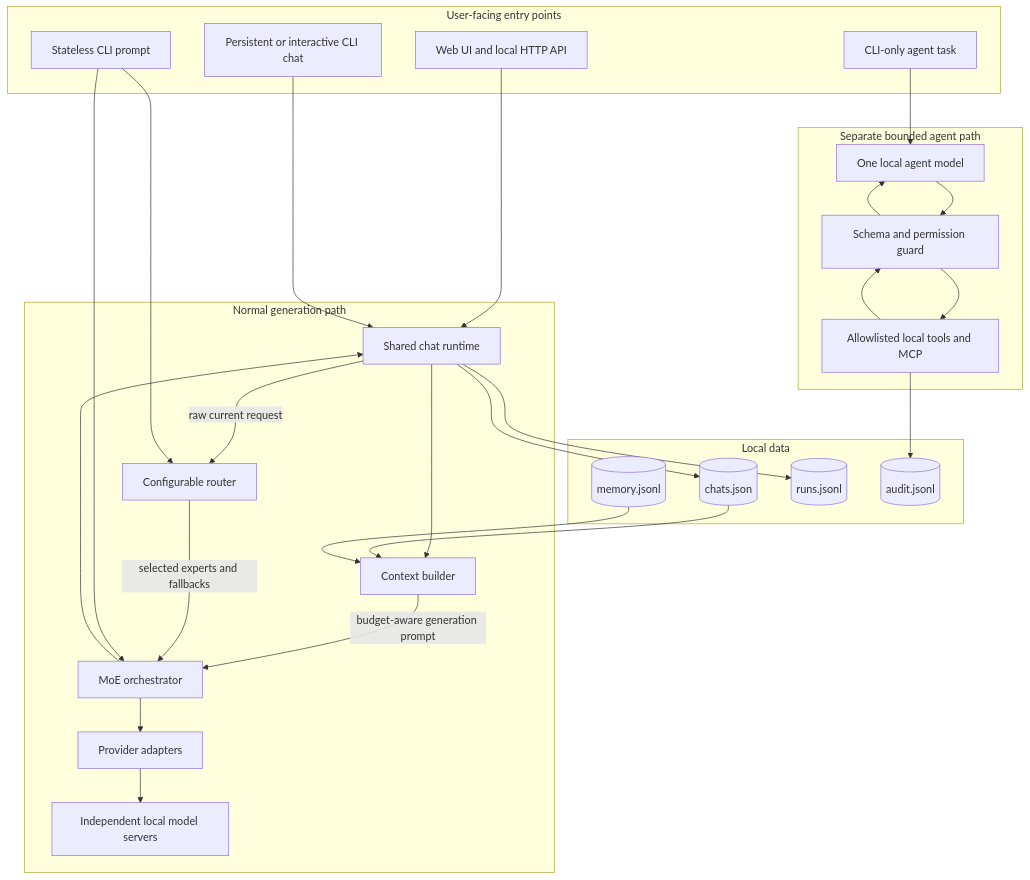
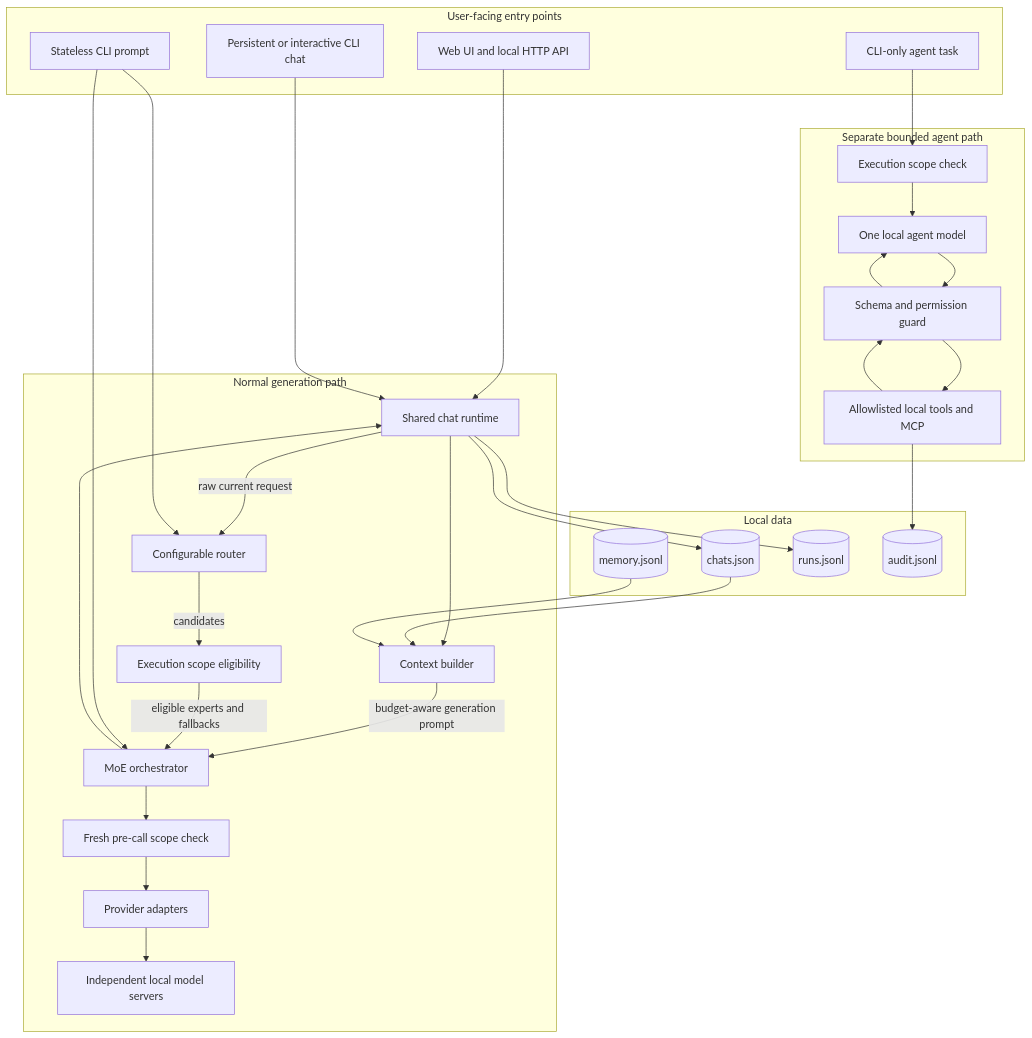
One commit to aantenore/myMoE changed the first of 8 diagrams in docs/how-it-works/README.md. Above: the diagram before and after it, drawn with Mermaid. The commit also changed other lines of this file and 19 other files, not shown here.

Commit message:
docs: define execution scope contract

````diff
--- a/docs/how-it-works/README.md
+++ b/docs/how-it-works/README.md
@@ -7,55 +7,61 @@
 ```mermaid
 flowchart TB
     subgraph Inputs["User-facing entry points"]
         Web["Web UI and local HTTP API"]
         ChatCLI["Persistent or interactive CLI chat"]
         DirectCLI["Stateless CLI prompt"]
         AgentCLI["CLI-only agent task"]
     end
 
     subgraph Generation["Normal generation path"]
         Chat["Shared chat runtime"]
         Context["Context builder"]
         Router["Configurable router"]
+        Eligibility["Execution scope eligibility"]
         MoE["MoE orchestrator"]
+        Invocation["Fresh pre-call scope check"]
         Providers["Provider adapters"]
         Models["Independent local model servers"]
     end
 
     subgraph LocalData["Local data"]
         Chats[("chats.json")]
         Memory[("memory.jsonl")]
         Runs[("runs.jsonl")]
         Audit[("audit.jsonl")]
     end
 
     subgraph Agent["Separate bounded agent path"]
+        AgentScope["Execution scope check"]
         AgentModel["One local agent model"]
         Guard["Schema and permission guard"]
         Tools["Allowlisted local tools and MCP"]
     end
 
     Web --> Chat
     ChatCLI --> Chat
     Chat --> Context
     Chats --> Context
     Memory --> Context
     Chat -->|"raw current request"| Router
     Context -->|"budget-aware generation prompt"| MoE
-    Router -->|"selected experts and fallbacks"| MoE
-    MoE --> Providers
+    Router -->|"candidates"| Eligibility
+    Eligibility -->|"eligible experts and fallbacks"| MoE
+    MoE --> Invocation
+    Invocation --> Providers
     Providers --> Models
     MoE --> Chat
     Chat --> Chats
     Chat --> Runs
 
     DirectCLI --> Router
     DirectCLI --> MoE
 
-    AgentCLI --> AgentModel
+    AgentCLI --> AgentScope
+    AgentScope --> AgentModel
     AgentModel --> Guard
     Guard --> Tools
     Tools --> Guard
     Guard --> AgentModel
     Tools --> Audit
 ```
````
